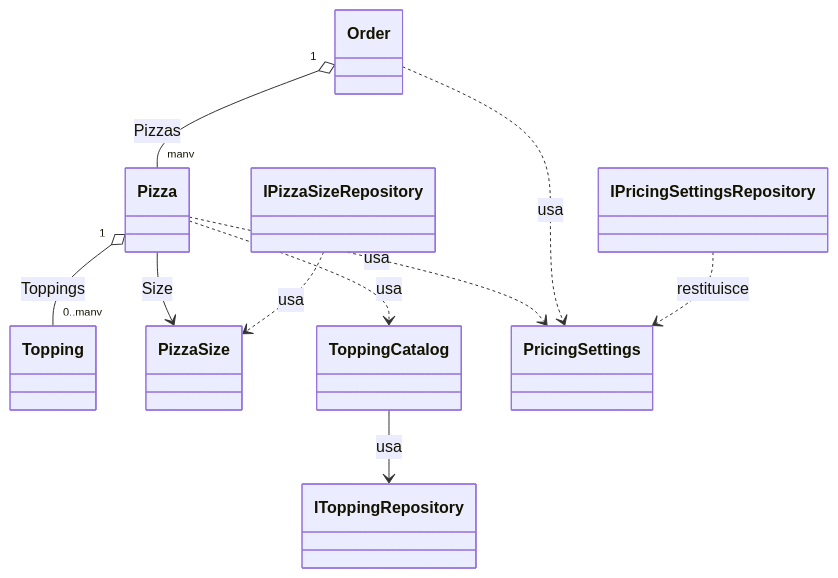
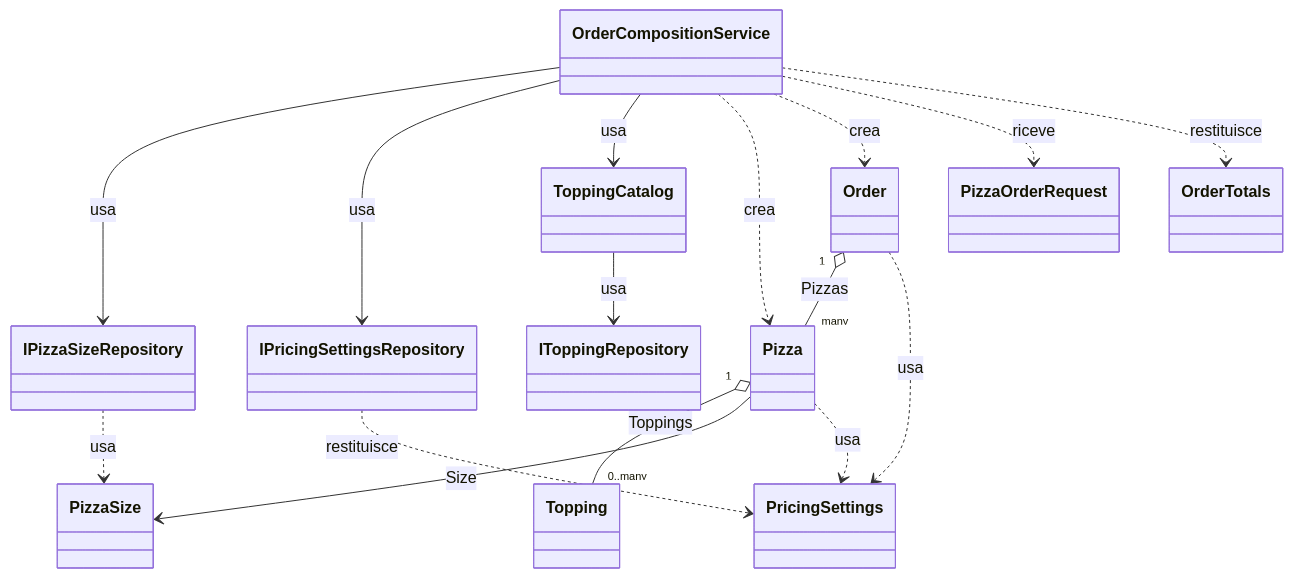
One commit to Timon-code95/PizzaShop changed diagram 13 of 14 in docs/c4-model/04a-class-diagram-spiegazione.md. Above: the diagram before and after it, drawn with Mermaid. The commit also changed other lines of this file and 8 other files, not shown here.

Commit message:
Aggiungi OrderCompositionService

````diff
--- a/docs/c4-model/04a-class-diagram-spiegazione.md
+++ b/docs/c4-model/04a-class-diagram-spiegazione.md
@@ -366,12 +440,18 @@
 ```mermaid
 classDiagram
 	Order "1" o-- "many" Pizza : Pizzas
 	Pizza "1" o-- "0..many" Topping : Toppings
 	Pizza --> PizzaSize : Size
-	Pizza ..> ToppingCatalog : usa
-	ToppingCatalog --> IToppingRepository : usa
 	Pizza ..> PricingSettings : usa
 	Order ..> PricingSettings : usa
+	ToppingCatalog --> IToppingRepository : usa
 	IPricingSettingsRepository ..> PricingSettings : restituisce
 	IPizzaSizeRepository ..> PizzaSize : usa
+	OrderCompositionService --> IPizzaSizeRepository : usa
+	OrderCompositionService --> IPricingSettingsRepository : usa
+	OrderCompositionService --> ToppingCatalog : usa
+	OrderCompositionService ..> Pizza : crea
+	OrderCompositionService ..> Order : crea
+	OrderCompositionService ..> PizzaOrderRequest : riceve
+	OrderCompositionService ..> OrderTotals : restituisce
 ```
````
